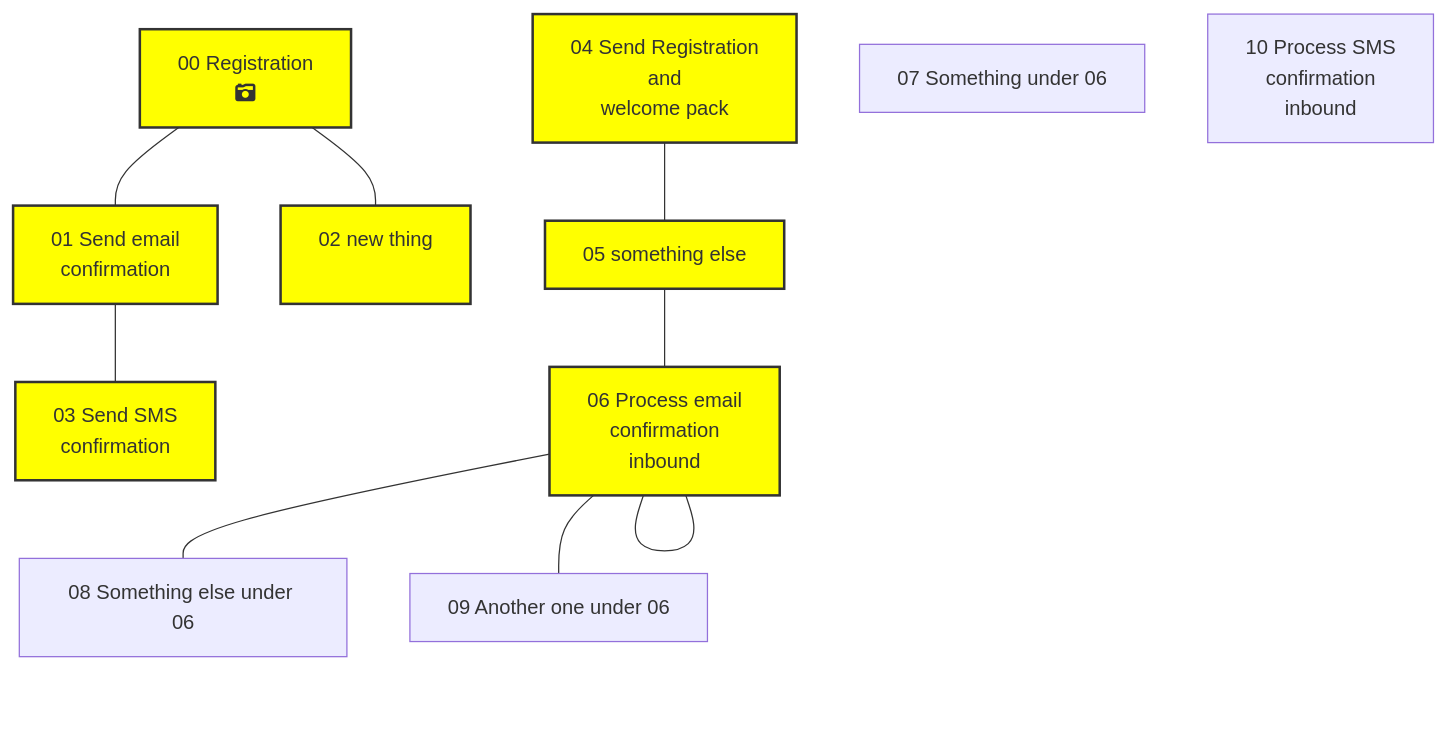
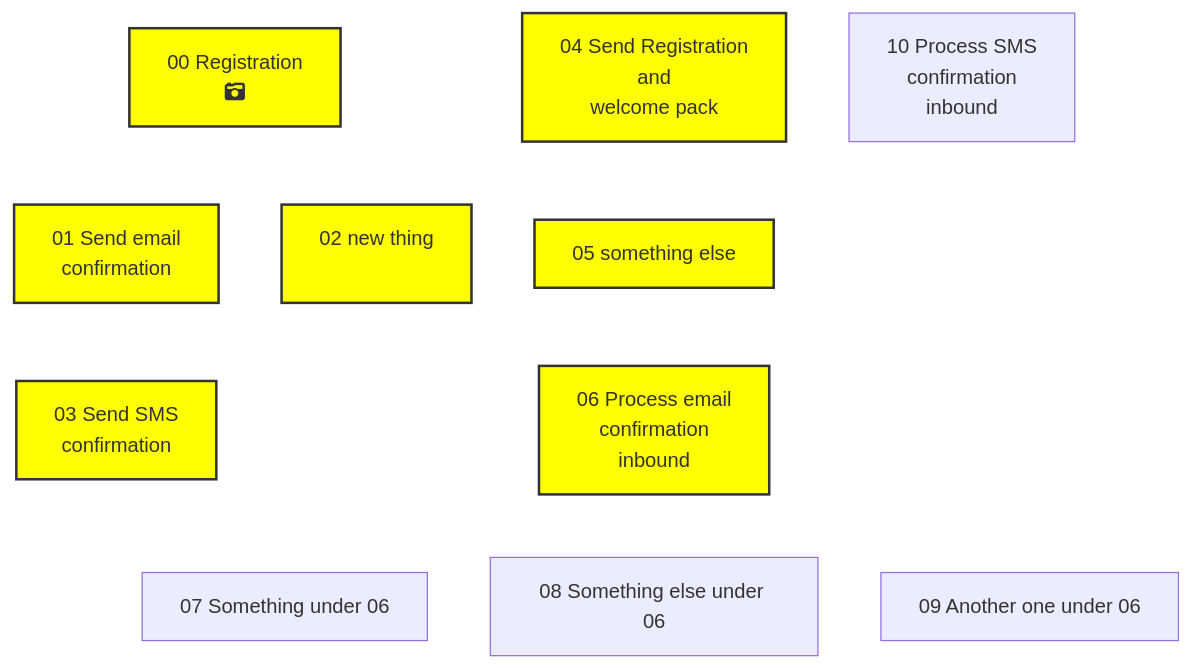
The diagram in User%2DJourneys.md (jimdeane/OpenCCM-wiki), drawn with Mermaid before and after one commit.

Commit message:
Updated User-Journeys

```diff
--- a/User%2DJourneys.md
+++ b/User%2DJourneys.md
@@ -2,24 +2,31 @@
 ::: mermaid
 graph TD;
 id00[00 Registration<br>fa:fa-camera-retro<br>];
 id00---id01
 id00---id02
 id01---id03
 id04---id05
-id06---id06
+id06---id07
 id06---id08
 id06---id09
 id01[01 Send email<br>confirmation];
 id02[02 new thing<br><br>];
 id03[03 Send SMS<br>confirmation];
 id04[04 Send Registration<br>and<br>welcome pack];
 id05[05 something else];
 id05---id06[06 Process email<br>confirmation<br>inbound];
 id07[07 Something under 06]
 id08[08 Something else under 06]
 id09[09 Another one under 06]
 id10[10 Process SMS<br>confirmation<br>inbound];
 class id00,id01,id02,id03,id04,id05,id06 sticky;
 classDef sticky fill:yellow,stroke:#333,stroke-width:2px;
-
+linkStyle 0 stroke:#FFF,stroke-width:4px,color:red;
+linkStyle 1 stroke:#FFF,stroke-width:4px,color:red;
+linkStyle 2 stroke:#FFF,stroke-width:4px,color:red;
+linkStyle 3 stroke:#FFF,stroke-width:4px,color:red;
+linkStyle 4 stroke:#FFF,stroke-width:4px,color:red;
+linkStyle 5 stroke:#FFF,stroke-width:4px,color:red;
+linkStyle 6 stroke:#FFF,stroke-width:4px,color:red;
+linkStyle 7 stroke:#FFF,stroke-width:4px,color:red;
 :::
```
